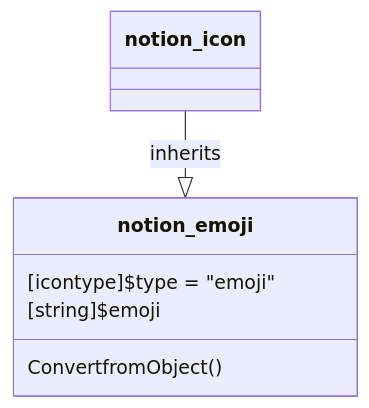
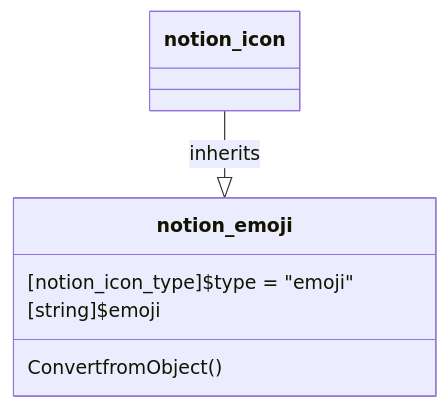
One commit to fasteiner/Notion changed the diagram in docs/Classes/Emoji/01_emoji.md. Above: the diagram before and after it, drawn with Mermaid. The commit also changed 16 other files, not shown here.

Commit message:
Refactor emoji and custom emoji classes to use 'notion_icon_type' enum; update rich text creation logic; enhance error handling in parent class; add integration tests for callout block functionality.

````diff
--- a/docs/Classes/Emoji/01_emoji.md
+++ b/docs/Classes/Emoji/01_emoji.md
@@ -5,9 +5,9 @@
 ```mermaid
 classDiagram
     class notion_emoji {
-        [icontype]$type = "emoji"
+        [notion_icon_type]$type = "emoji"
         [string]$emoji
         ConvertfromObject()
     }
     `notion_icon` --|> `notion_emoji`:inherits
 ```
````
